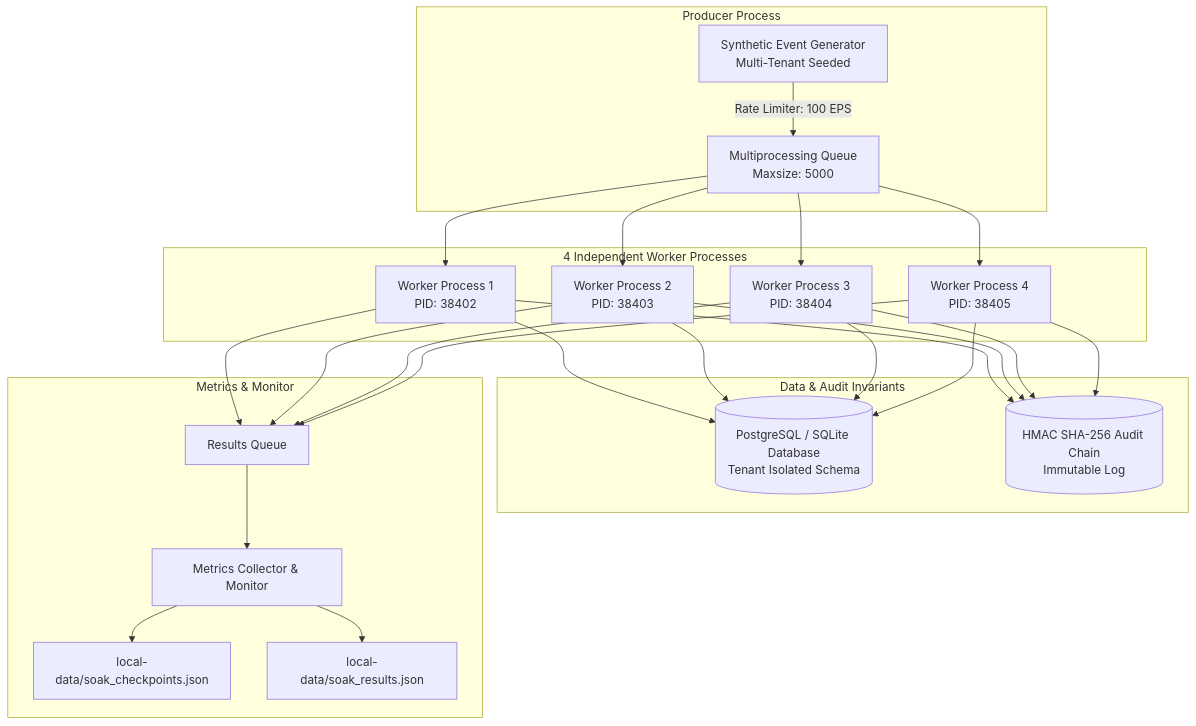
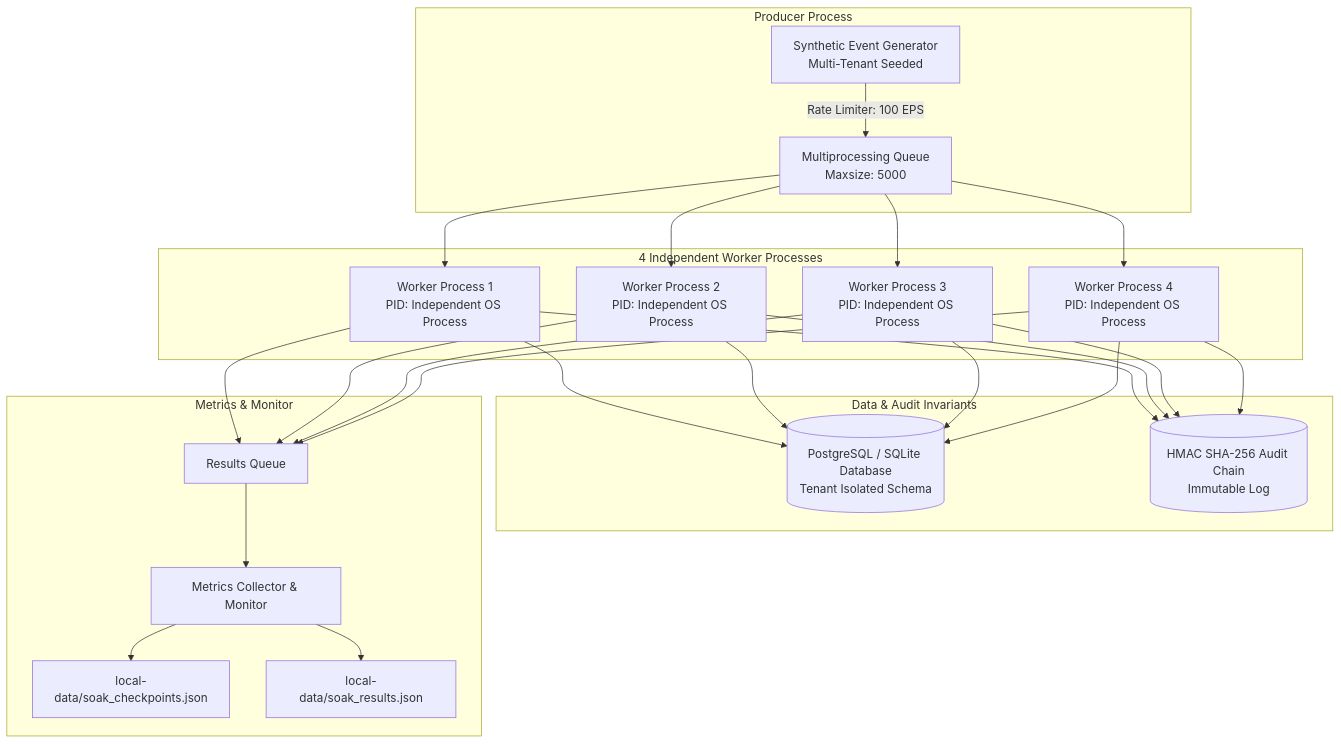
The diagram in docs/validation/project-titan-phase6/SOAK_TEST.md (aaryx/AEGIS), drawn with Mermaid before and after one commit. The commit also changed other lines of this file and 3 other files, not shown here.

````diff
--- a/docs/validation/project-titan-phase6/SOAK_TEST.md
+++ b/docs/validation/project-titan-phase6/SOAK_TEST.md
@@ -20,25 +27,25 @@
 ```mermaid
 graph TD
     subgraph Producer Process
         Gen[Synthetic Event Generator<br/>Multi-Tenant Seeded] -->|Rate Limiter: 100 EPS| Q[Multiprocessing Queue<br/>Maxsize: 5000]
     end
 
     subgraph 4 Independent Worker Processes
-        Q --> W1[Worker Process 1<br/>PID: 38402]
-        Q --> W2[Worker Process 2<br/>PID: 38403]
-        Q --> W3[Worker Process 3<br/>PID: 38404]
-        Q --> W4[Worker Process 4<br/>PID: 38405]
+        Q --> W1[Worker Process 1<br/>PID: Independent OS Process]
+        Q --> W2[Worker Process 2<br/>PID: Independent OS Process]
+        Q --> W3[Worker Process 3<br/>PID: Independent OS Process]
+        Q --> W4[Worker Process 4<br/>PID: Independent OS Process]
     end
 
     subgraph Data & Audit Invariants
         W1 & W2 & W3 & W4 --> DB[(PostgreSQL / SQLite Database<br/>Tenant Isolated Schema)]
         W1 & W2 & W3 & W4 --> Audit[(HMAC SHA-256 Audit Chain<br/>Immutable Log)]
     end
 
     subgraph Metrics & Monitor
         W1 & W2 & W3 & W4 --> ResQ[Results Queue]
         ResQ --> Monitor[Metrics Collector & Monitor]
         Monitor --> Checkpoints[local-data/soak_checkpoints.json]
         Monitor --> FinalRes[local-data/soak_results.json]
     end
 ```
````
